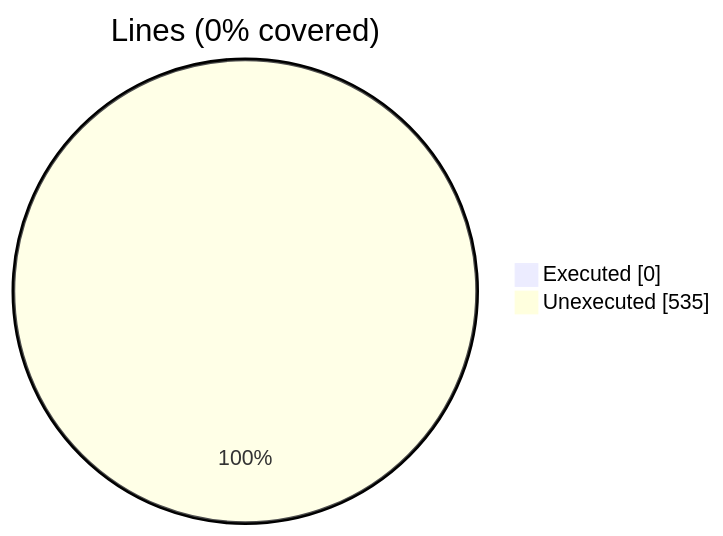
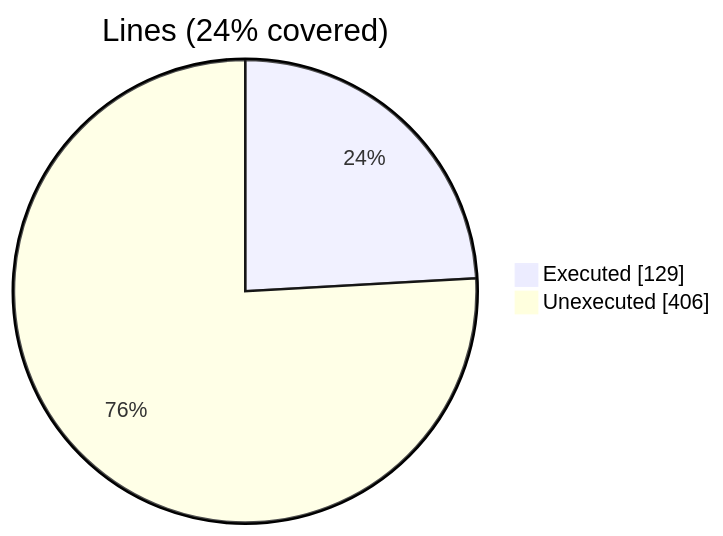
Before and after one commit to szaghi/VTKFortran: the first of 2 diagrams in docs/guide/vtk_fortran_vtk_file_xml_writer_binary_local.f90.gcov.md, drawn with Mermaid. The commit also changed other lines of this file and 9 other files, not shown here.

````diff
--- a/docs/guide/vtk_fortran_vtk_file_xml_writer_binary_local.f90.gcov.md
+++ b/docs/guide/vtk_fortran_vtk_file_xml_writer_binary_local.f90.gcov.md
@@ -10,6 +10,6 @@
 ```mermaid
 pie showData
-    title Lines (0% covered)
-    "Executed" : 0
-    "Unexecuted" : 535
+    title Lines (24% covered)
+    "Executed" : 129
+    "Unexecuted" : 406
 ```
````
